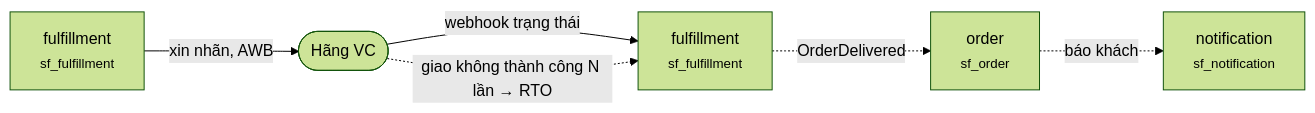
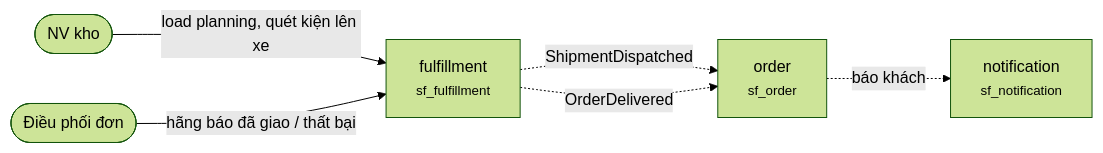
Diagram 11 of 28 in docs/business-design/04c-all-flows.md (KLTN-FA26/be-backoffice-stockflow-commerce), drawn with Mermaid (forest theme) before and after one commit. The commit also changed other lines of this file and 14 other files, not shown here.

First line of the commit message:
docs: B2B-only scope, printed cups & packaging, production and subcontracting flows (SCRUM-421)

````diff
--- a/docs/business-design/04c-all-flows.md
+++ b/docs/business-design/04c-all-flows.md
@@ -425,13 +431,13 @@
 ```mermaid
 flowchart LR
-    N0["fulfillment<br><small>sf_fulfillment</small>"]
-    N1(["Hãng VC"])
-    N2["fulfillment<br><small>sf_fulfillment</small>"]
-    N3["order<br><small>sf_order</small>"]
+    N0(["NV kho"])
+    N1["fulfillment<br><small>sf_fulfillment</small>"]
+    N2["order<br><small>sf_order</small>"]
+    N3(["Điều phối đơn"])
     N4["notification<br><small>sf_notification</small>"]
-    N0 -->|"xin nhãn, AWB"| N1
-    N1 -->|"webhook trạng thái"| N2
-    N2 -.->|"OrderDelivered"| N3
-    N3 -.->|"báo khách"| N4
-    N1 -.->|"giao không thành công N lần → RTO"| N2
+    N0 -->|"load planning, quét kiện lên xe"| N1
+    N1 -.->|"ShipmentDispatched"| N2
+    N3 -->|"hãng báo đã giao / thất bại"| N1
+    N1 -.->|"OrderDelivered"| N2
+    N2 -.->|"báo khách"| N4
 ```
````
